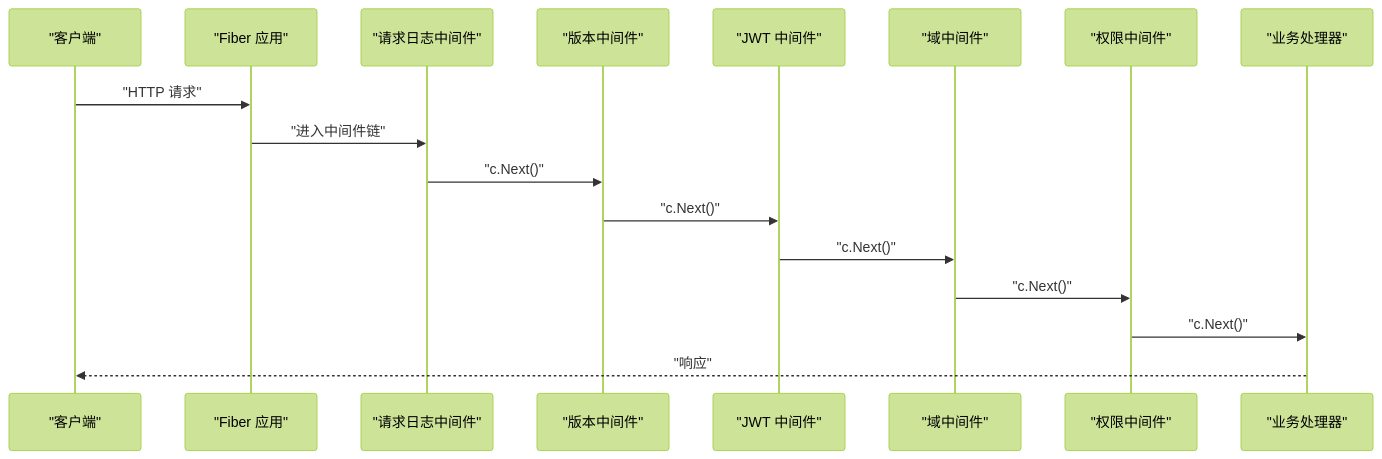
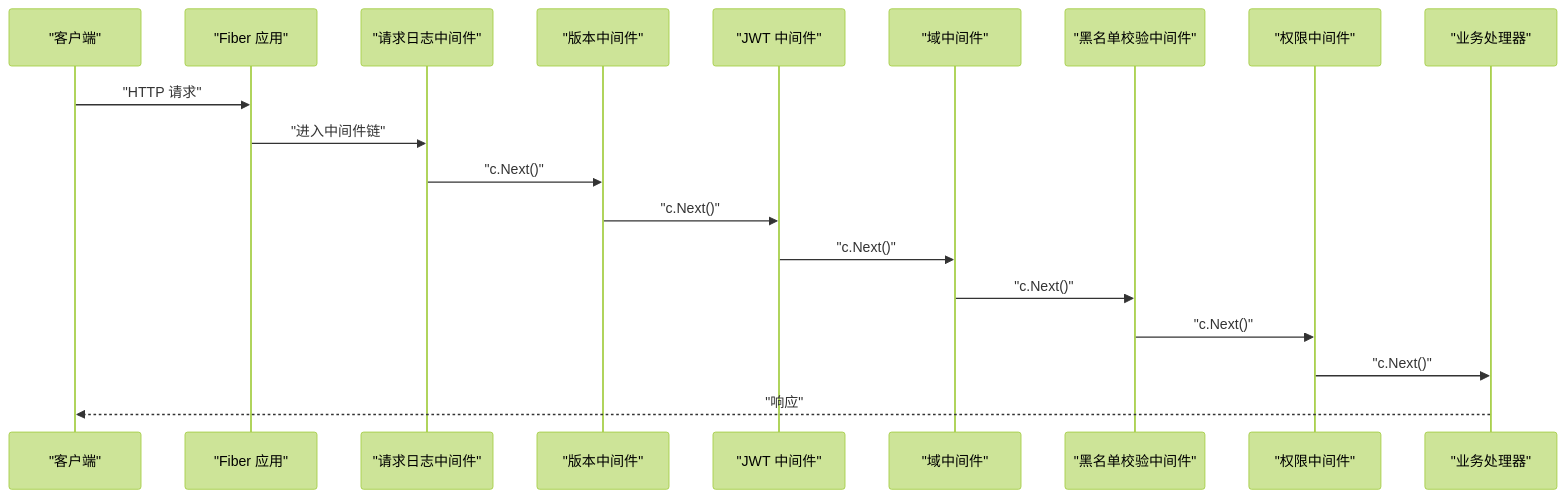
The third of 7 diagrams in .qoder/repowiki/zh/content/中间件系统/中间件架构设计.md (wuwuseo/e-sports-go-admin), drawn with Mermaid (forest theme) before and after one commit. The commit also changed other lines of this file and 42 other files, not shown here.

````diff
--- a/.qoder/repowiki/zh/content/中间件系统/中间件架构设计.md
+++ b/.qoder/repowiki/zh/content/中间件系统/中间件架构设计.md
@@ -166,19 +181,21 @@
 ```mermaid
 sequenceDiagram
 participant Client as "客户端"
 participant Fiber as "Fiber 应用"
 participant LogMW as "请求日志中间件"
 participant VerMW as "版本中间件"
 participant JWTMW as "JWT 中间件"
 participant DomMW as "域中间件"
+participant BLCK as "黑名单校验中间件"
 participant PerMW as "权限中间件"
 participant Handler as "业务处理器"
 Client->>Fiber : "HTTP 请求"
 Fiber->>LogMW : "进入中间件链"
 LogMW->>VerMW : "c.Next()"
 VerMW->>JWTMW : "c.Next()"
 JWTMW->>DomMW : "c.Next()"
-DomMW->>PerMW : "c.Next()"
+DomMW->>BLCK : "c.Next()"
+BLCK->>PerMW : "c.Next()"
 PerMW->>Handler : "c.Next()"
 Handler-->>Client : "响应"
 ```
````
